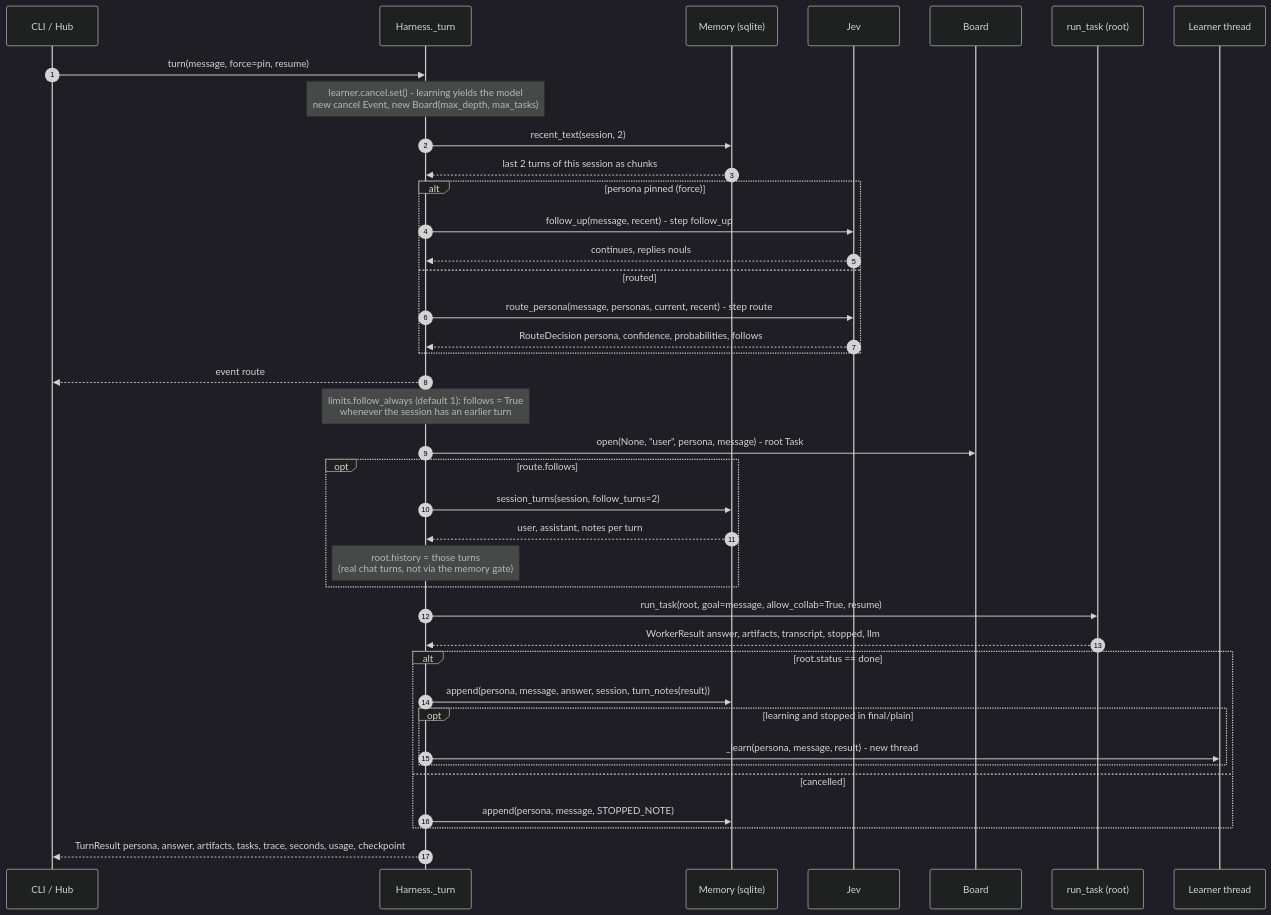
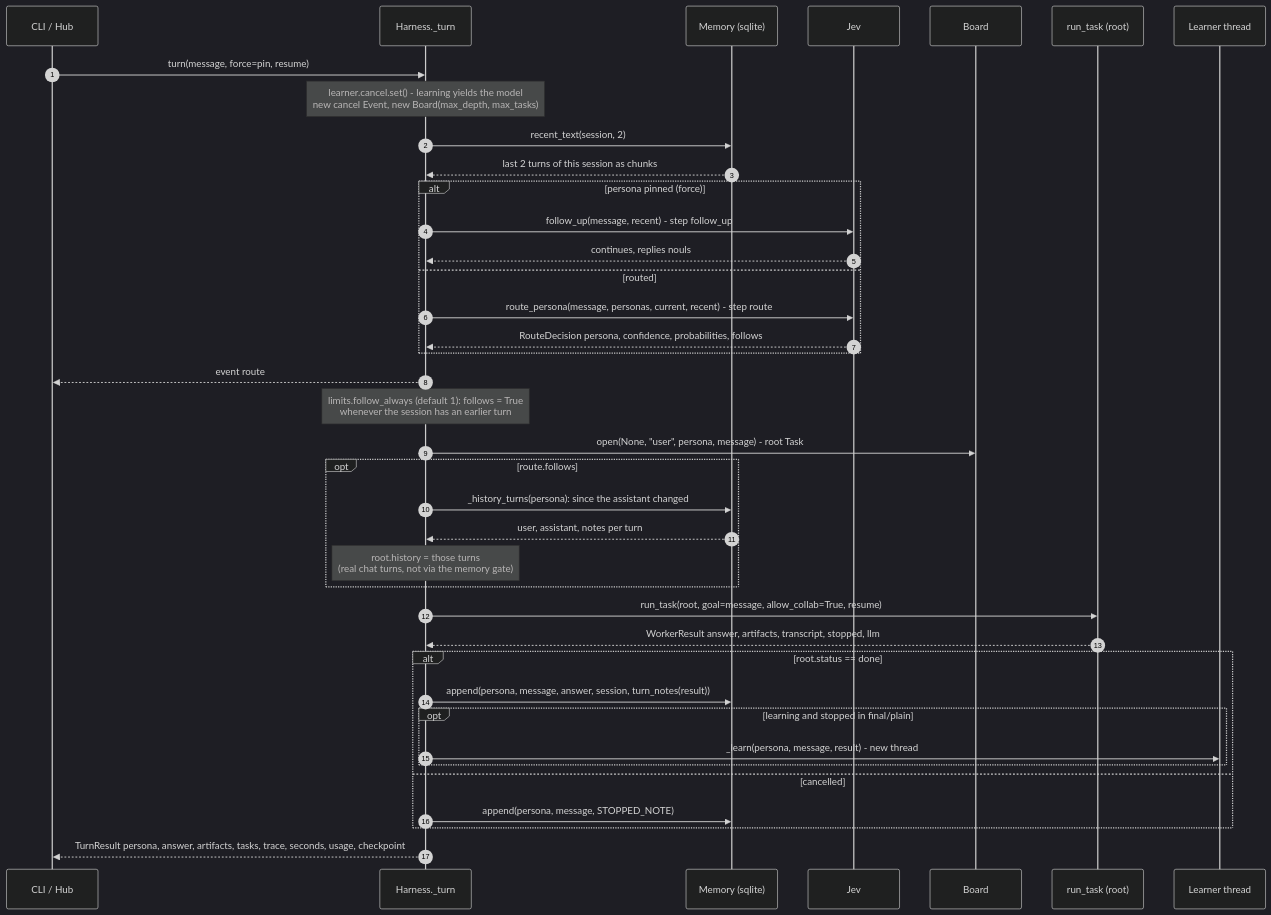
The first of 3 diagrams in docs/architecture/01-turn.md (slumpsod/jev-harness), drawn with Mermaid (dark theme) before and after one commit. The commit also changed other lines of this file and 14 other files, not shown here.

````diff
--- a/docs/architecture/01-turn.md
+++ b/docs/architecture/01-turn.md
@@ -10,42 +10,42 @@
 ```mermaid
 sequenceDiagram
   autonumber
   participant UI as CLI / Hub
   participant H as Harness._turn
   participant Mem as Memory (sqlite)
   participant J as Jev
   participant B as Board
   participant RT as run_task (root)
   participant LR as Learner thread
 
   UI->>H: turn(message, force=pin, resume)
   Note over H: learner.cancel.set() - learning yields the model<br/>new cancel Event, new Board(max_depth, max_tasks)
   H->>Mem: recent_text(session, 2)
   Mem-->>H: last 2 turns of this session as chunks
   alt persona pinned (force)
     H->>J: follow_up(message, recent) - step follow_up
     J-->>H: continues, replies nouls
   else routed
     H->>J: route_persona(message, personas, current, recent) - step route
     J-->>H: RouteDecision persona, confidence, probabilities, follows
   end
   H-->>UI: event route
   Note over H: limits.follow_always (default 1): follows = True<br/>whenever the session has an earlier turn
   H->>B: open(None, "user", persona, message) - root Task
   opt route.follows
-    H->>Mem: session_turns(session, follow_turns=2)
+    H->>Mem: _history_turns(persona): since the assistant changed
     Mem-->>H: user, assistant, notes per turn
     Note over H: root.history = those turns<br/>(real chat turns, not via the memory gate)
   end
   H->>RT: run_task(root, goal=message, allow_collab=True, resume)
   RT-->>H: WorkerResult answer, artifacts, transcript, stopped, llm
   alt root.status == done
     H->>Mem: append(persona, message, answer, session, turn_notes(result))
     opt learning and stopped in final/plain
       H->>LR: _learn(persona, message, result) - new thread
     end
   else cancelled
     H->>Mem: append(persona, message, STOPPED_NOTE)
   end
   H-->>UI: TurnResult persona, answer, artifacts, tasks, trace, seconds, usage, checkpoint
 ```
````
